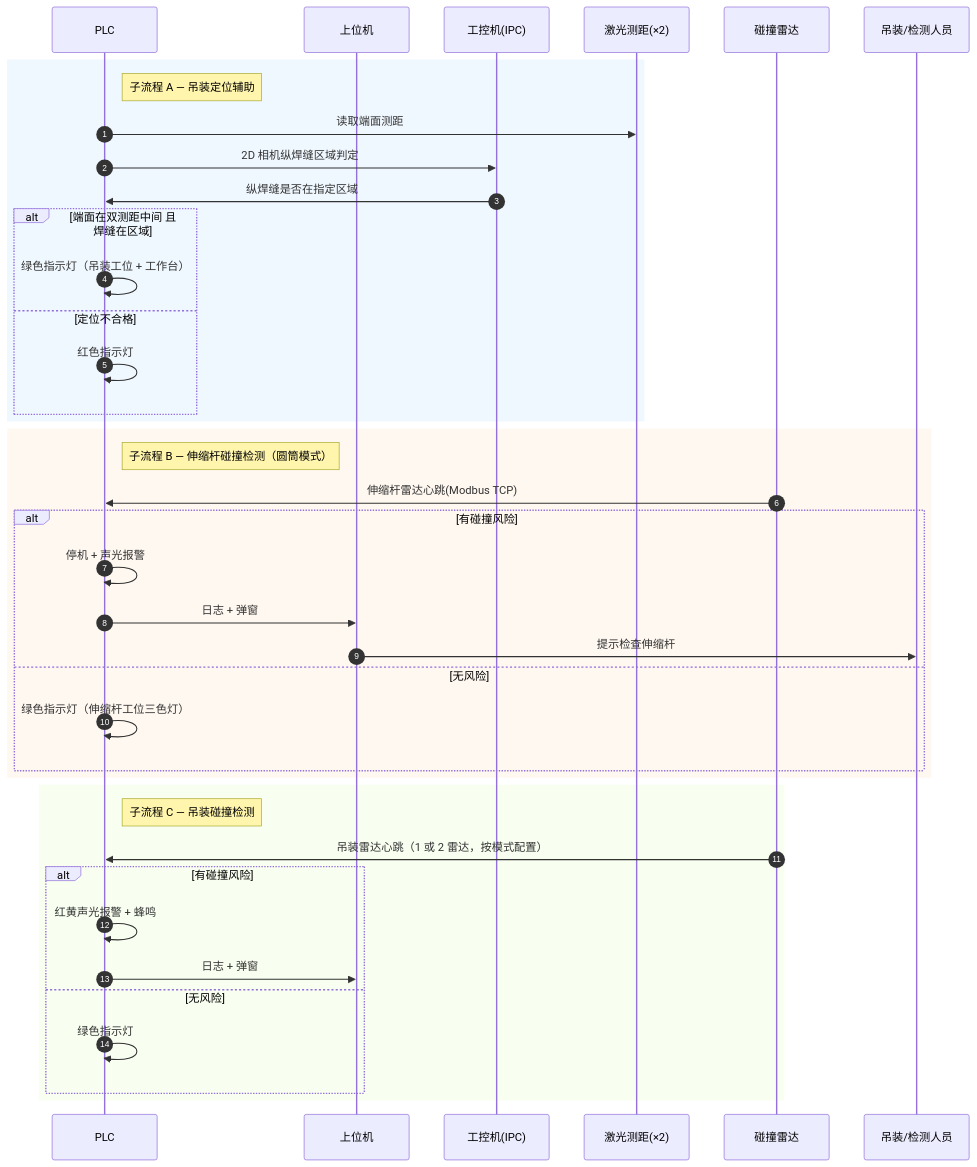
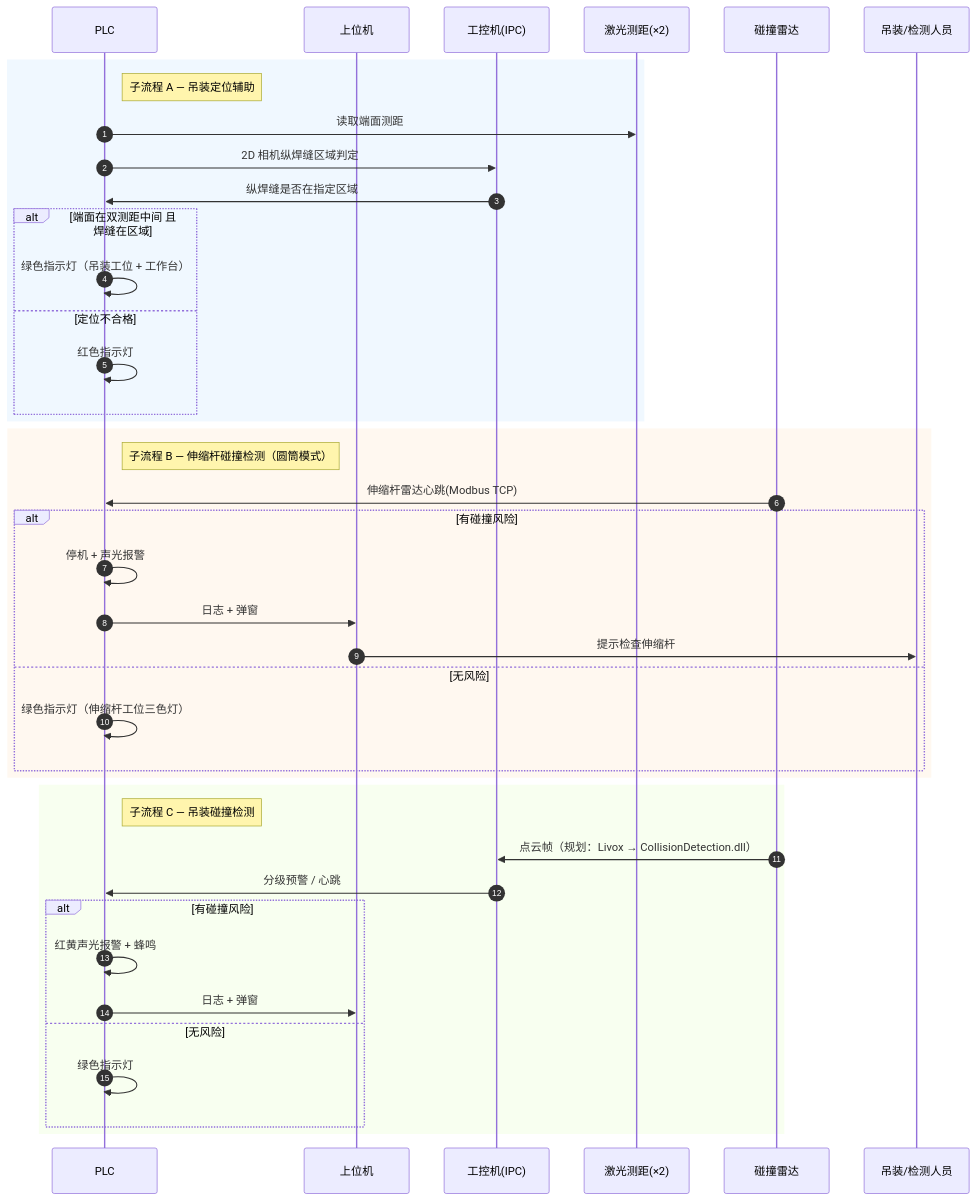
The diagram in docs/sequence_diagrams/2.5_吊装辅助与碰撞监测时序图.md (icon-handsome/LY_Station2), drawn with Mermaid before and after one commit. The commit also changed other lines of this file and 10 other files, not shown here.

````diff
--- a/docs/sequence_diagrams/2.5_吊装辅助与碰撞监测时序图.md
+++ b/docs/sequence_diagrams/2.5_吊装辅助与碰撞监测时序图.md
@@ -7,45 +17,46 @@
 ```mermaid
 sequenceDiagram
     autonumber
     participant P as PLC
     participant H as 上位机
     participant I as 工控机(IPC)
     participant L as 激光测距(×2)
     participant C as 碰撞雷达
     participant O as 吊装/检测人员
 
     rect rgb(240, 248, 255)
         note right of P: 子流程 A — 吊装定位辅助
         P->>L: 读取端面测距
         P->>I: 2D 相机纵焊缝区域判定
         I->>P: 纵焊缝是否在指定区域
         alt 端面在双测距中间 且 焊缝在区域
             P->>P: 绿色指示灯（吊装工位 + 工作台）
         else 定位不合格
             P->>P: 红色指示灯
         end
     end
 
     rect rgb(255, 248, 240)
         note right of P: 子流程 B — 伸缩杆碰撞检测（圆筒模式）
         C->>P: 伸缩杆雷达心跳(Modbus TCP)
         alt 有碰撞风险
             P->>P: 停机 + 声光报警
             P->>H: 日志 + 弹窗
             H->>O: 提示检查伸缩杆
         else 无风险
             P->>P: 绿色指示灯（伸缩杆工位三色灯）
         end
     end
 
     rect rgb(248, 255, 240)
         note right of P: 子流程 C — 吊装碰撞检测
-        C->>P: 吊装雷达心跳（1 或 2 雷达，按模式配置）
+        C->>I: 点云帧（规划：Livox → CollisionDetection.dll）
+        I->>P: 分级预警 / 心跳
         alt 有碰撞风险
             P->>P: 红黄声光报警 + 蜂鸣
             P->>H: 日志 + 弹窗
         else 无风险
             P->>P: 绿色指示灯
         end
     end
 ```
````
